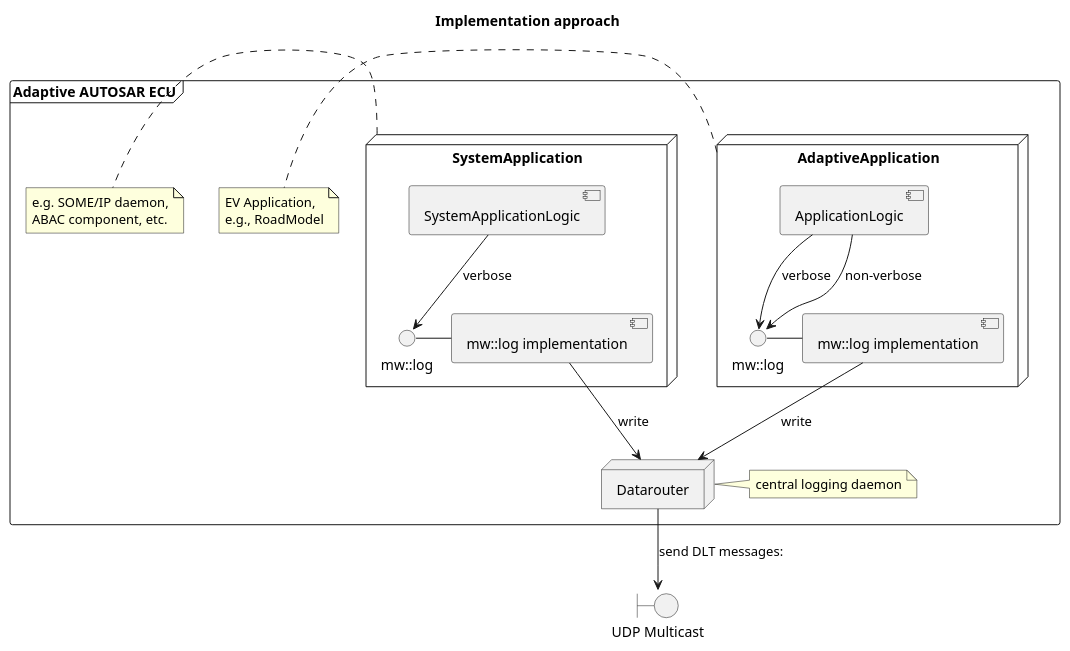
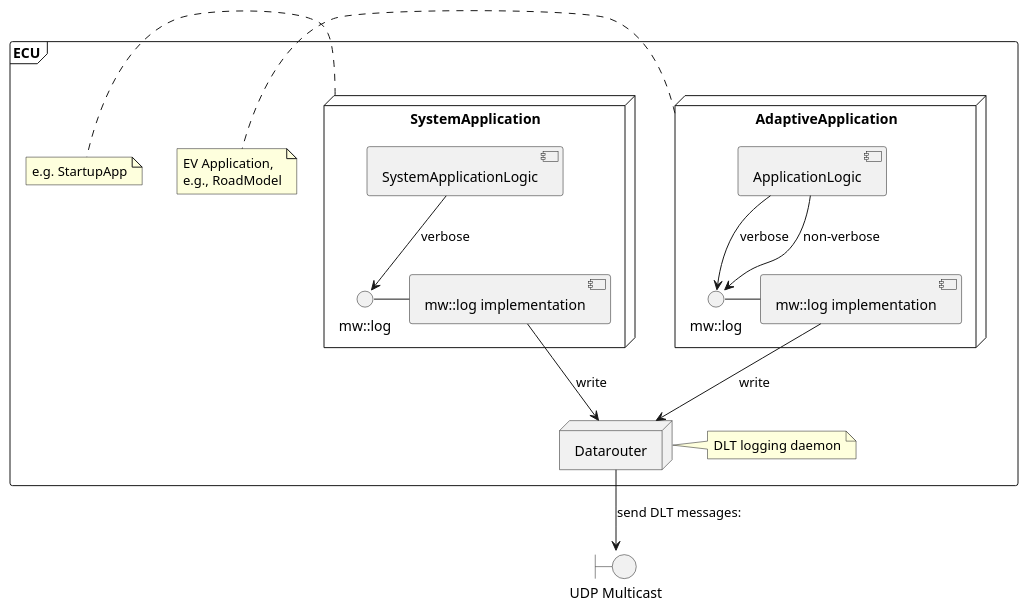
The diagram in score/datarouter/doc/design/uml/context-highlevel.puml (eclipse-score/logging), drawn with PlantUML before and after one commit. The commit also changed 23 other files, not shown here.

```diff
--- a/score/datarouter/doc/design/uml/context-highlevel.puml
+++ b/score/datarouter/doc/design/uml/context-highlevel.puml
@@ -1,52 +1,49 @@
-@startuml
+@startuml context-highlevel
 
-title Implementation approach
-
-frame "Adaptive AUTOSAR ECU" {
+frame "ECU" {
   node AdaptiveApplication {
     component ApplicationLogic
-    interface "mw::log" as aralog1
-    component "mw::log implementation" as aralog1_impl
+    interface "mw::log" as mwlog1
+    component "mw::log implementation" as mwlog1_impl
 
-    aralog1 - aralog1_impl
-    ApplicationLogic --> aralog1 : verbose
-    ApplicationLogic --> aralog1 : non-verbose
+    mwlog1 - mwlog1_impl
+    ApplicationLogic --> mwlog1 : verbose
+    ApplicationLogic --> mwlog1 : non-verbose
 
   }
   note right of AdaptiveApplication
     EV Application,
     e.g., RoadModel
   end note
 
 
 
   node SystemApplication {
     component SystemApplicationLogic
-    interface "mw::log" as aralog2
-    component "mw::log implementation" as aralog2_impl
+    interface "mw::log" as mwlog2
+    component "mw::log implementation" as mwlog2_impl
 
-    aralog2 - aralog2_impl
-    SystemApplicationLogic --> aralog2 : verbose
+    mwlog2 - mwlog2_impl
+    SystemApplicationLogic --> mwlog2 : verbose
   }
   note right of SystemApplication
-    e.g. SOME/IP daemon,
-    ABAC component, etc.
+    e.g. StartupApp
   end note
 
 
   node Datarouter {
   }
   note right of Datarouter
-    central logging daemon
+    DLT logging daemon
   end note
 }
 
 boundary "UDP Multicast" as udp
 
-aralog1_impl --> Datarouter : write
-aralog2_impl --> Datarouter : write
+mwlog1_impl --> Datarouter : write
+mwlog2_impl --> Datarouter : write
 
 Datarouter --> udp: "send DLT messages:"
 
 
 @enduml
```
